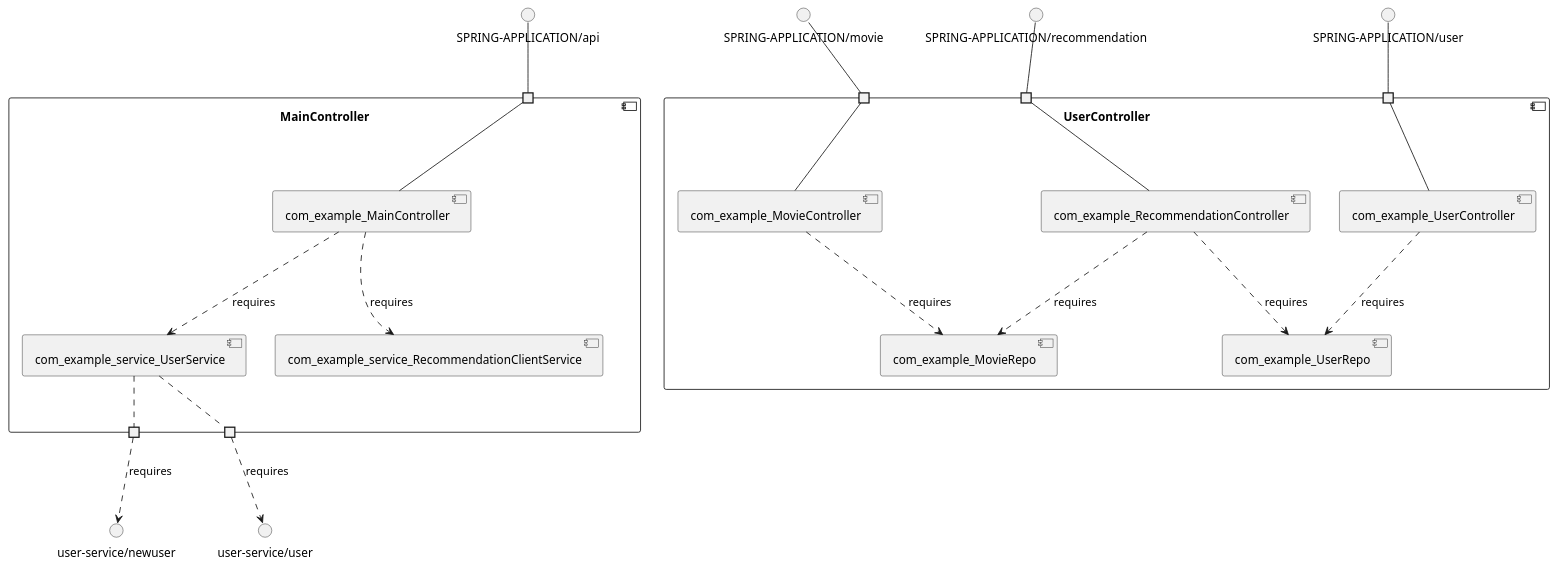
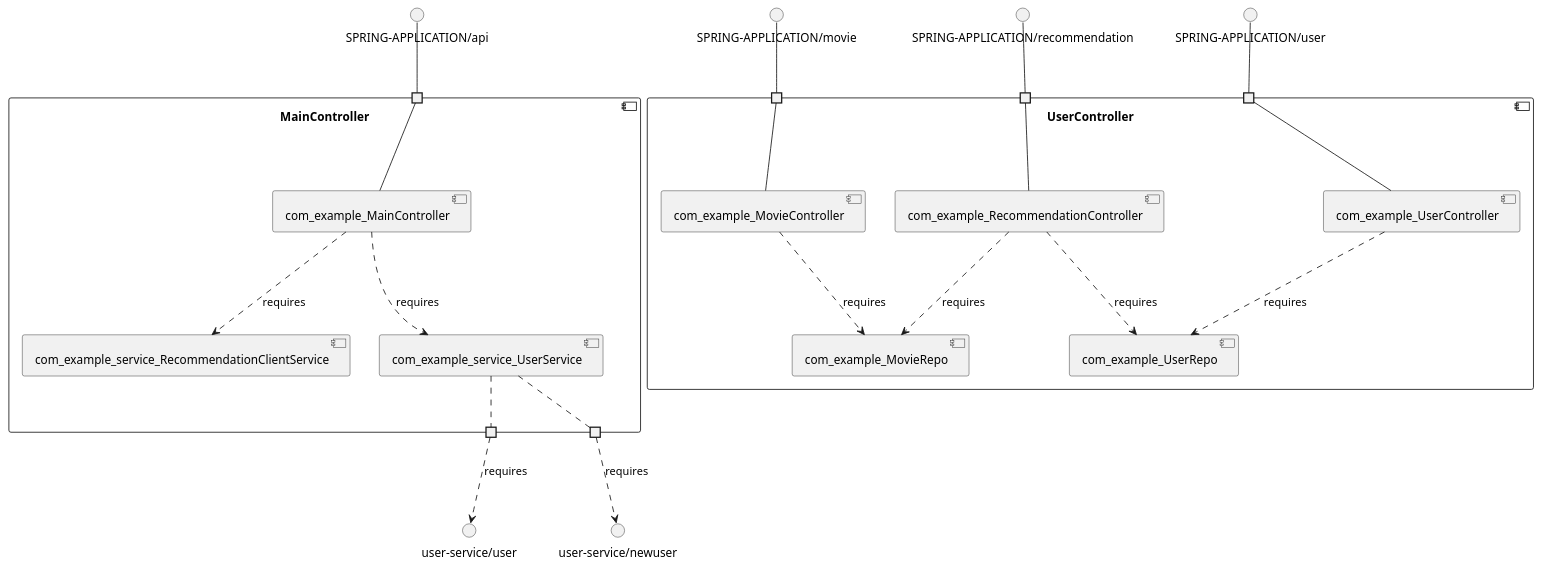
One commit to View-Based-Reverse-Engineering/Retriever-Benchmark changed the diagram in mdeket-spring-cloud-movie-recommendation/model_re/uml/componentDiagram.puml. Above: the diagram before and after it, drawn with PlantUML. The commit also changed other lines of this file and 221 other files, not shown here.

```diff
--- a/mdeket-spring-cloud-movie-recommendation/model_re/uml/componentDiagram.puml
+++ b/mdeket-spring-cloud-movie-recommendation/model_re/uml/componentDiagram.puml
@@ -1,46 +1,46 @@
 @startuml
 skinparam fixCircleLabelOverlapping true
 component "MainController\n\n\n\n\n\n" {
-[com_example_service_RecommendationClientService]
 [com_example_MainController]
 [com_example_service_UserService]
+[com_example_service_RecommendationClientService]
 portin " " as MainController.requires.SPRING_APPLICATION_api
+portout " " as MainController.provides.user_service_user
 portout " " as MainController.provides.user_service_newuser
-portout " " as MainController.provides.user_service_user
+[com_example_MainController]..>[com_example_service_RecommendationClientService] : requires
 [com_example_MainController]..>[com_example_service_UserService] : requires
-[com_example_MainController]..>[com_example_service_RecommendationClientService] : requires
 "MainController.requires.SPRING_APPLICATION_api"--[com_example_MainController]
 [com_example_service_UserService].."MainController.provides.user_service_newuser"
 [com_example_service_UserService].."MainController.provides.user_service_user"
 }
 interface "SPRING-APPLICATION/api" as interface.SPRING_APPLICATION_api
 interface.SPRING_APPLICATION_api--"MainController.requires.SPRING_APPLICATION_api"
 interface "user-service/newuser" as interface.user_service_newuser
 "MainController.provides.user_service_newuser"..>interface.user_service_newuser : requires
 interface "user-service/user" as interface.user_service_user
 "MainController.provides.user_service_user"..>interface.user_service_user : requires
 component "UserController\n\n\n\n\n\n" {
 [com_example_RecommendationController]
+[com_example_MovieController]
+[com_example_UserController]
+[com_example_MovieRepo]
 [com_example_UserRepo]
-[com_example_MovieRepo]
-[com_example_UserController]
-[com_example_MovieController]
-portin " " as UserController.requires.SPRING_APPLICATION_user
 portin " " as UserController.requires.SPRING_APPLICATION_movie
 portin " " as UserController.requires.SPRING_APPLICATION_recommendation
+portin " " as UserController.requires.SPRING_APPLICATION_user
+[com_example_RecommendationController]..>[com_example_UserRepo] : requires
+[com_example_UserController]..>[com_example_UserRepo] : requires
 [com_example_RecommendationController]..>[com_example_MovieRepo] : requires
 [com_example_MovieController]..>[com_example_MovieRepo] : requires
-[com_example_RecommendationController]..>[com_example_UserRepo] : requires
-[com_example_UserController]..>[com_example_UserRepo] : requires
 "UserController.requires.SPRING_APPLICATION_recommendation"--[com_example_RecommendationController]
+"UserController.requires.SPRING_APPLICATION_movie"--[com_example_MovieController]
 "UserController.requires.SPRING_APPLICATION_user"--[com_example_UserController]
-"UserController.requires.SPRING_APPLICATION_movie"--[com_example_MovieController]
 }
 interface "SPRING-APPLICATION/recommendation" as interface.SPRING_APPLICATION_recommendation
 interface.SPRING_APPLICATION_recommendation--"UserController.requires.SPRING_APPLICATION_recommendation"
+interface "SPRING-APPLICATION/movie" as interface.SPRING_APPLICATION_movie
+interface.SPRING_APPLICATION_movie--"UserController.requires.SPRING_APPLICATION_movie"
 interface "SPRING-APPLICATION/user" as interface.SPRING_APPLICATION_user
 interface.SPRING_APPLICATION_user--"UserController.requires.SPRING_APPLICATION_user"
-interface "SPRING-APPLICATION/movie" as interface.SPRING_APPLICATION_movie
-interface.SPRING_APPLICATION_movie--"UserController.requires.SPRING_APPLICATION_movie"
 
 @enduml
```
